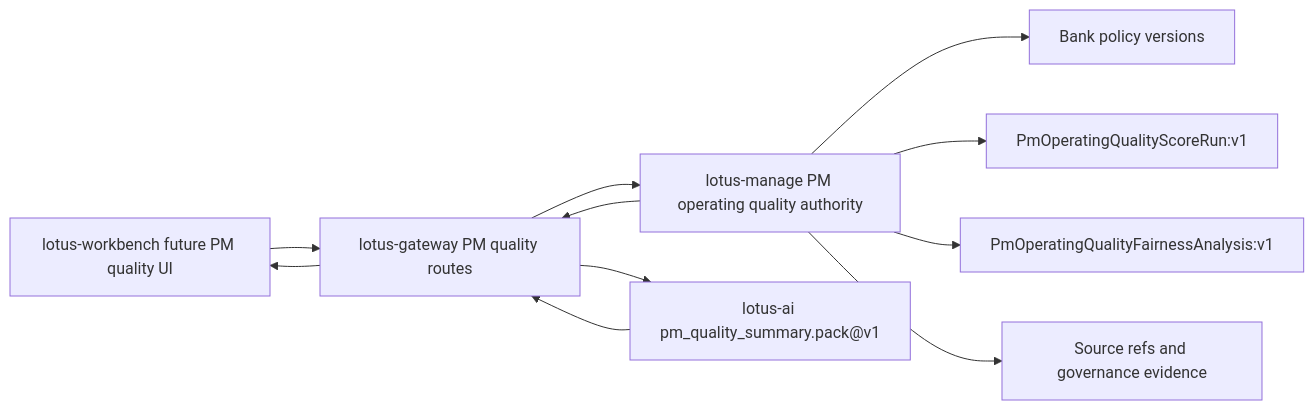
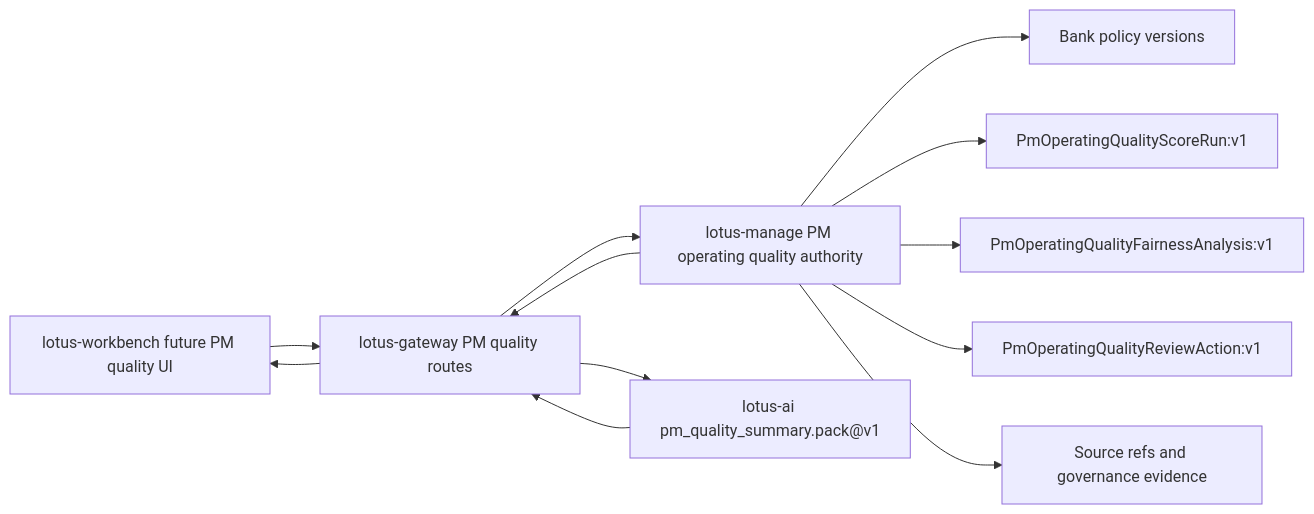
One commit to sgajbi/lotus-gateway changed the fourth of 8 diagrams in wiki/Supported-Features.md. Above: the diagram before and after it, drawn with Mermaid. The commit also changed other lines of this file and 15 other files, not shown here.

Commit message:
Expose PM quality review actions

````diff
--- a/wiki/Supported-Features.md
+++ b/wiki/Supported-Features.md
@@ -212,13 +218,14 @@
 ```mermaid
 flowchart LR
     Workbench[lotus-workbench future PM quality UI] --> Gateway[lotus-gateway PM quality routes]
     Gateway --> Manage[lotus-manage PM operating quality authority]
     Gateway --> AI[lotus-ai pm_quality_summary.pack@v1]
     Manage --> Policy[Bank policy versions]
     Manage --> ScoreRun[PmOperatingQualityScoreRun:v1]
     Manage --> Fairness[PmOperatingQualityFairnessAnalysis:v1]
+    Manage --> ReviewAction[PmOperatingQualityReviewAction:v1]
     Manage --> Sources[Source refs and governance evidence]
     Manage --> Gateway
     AI --> Gateway
     Gateway --> Workbench
 ```
````
